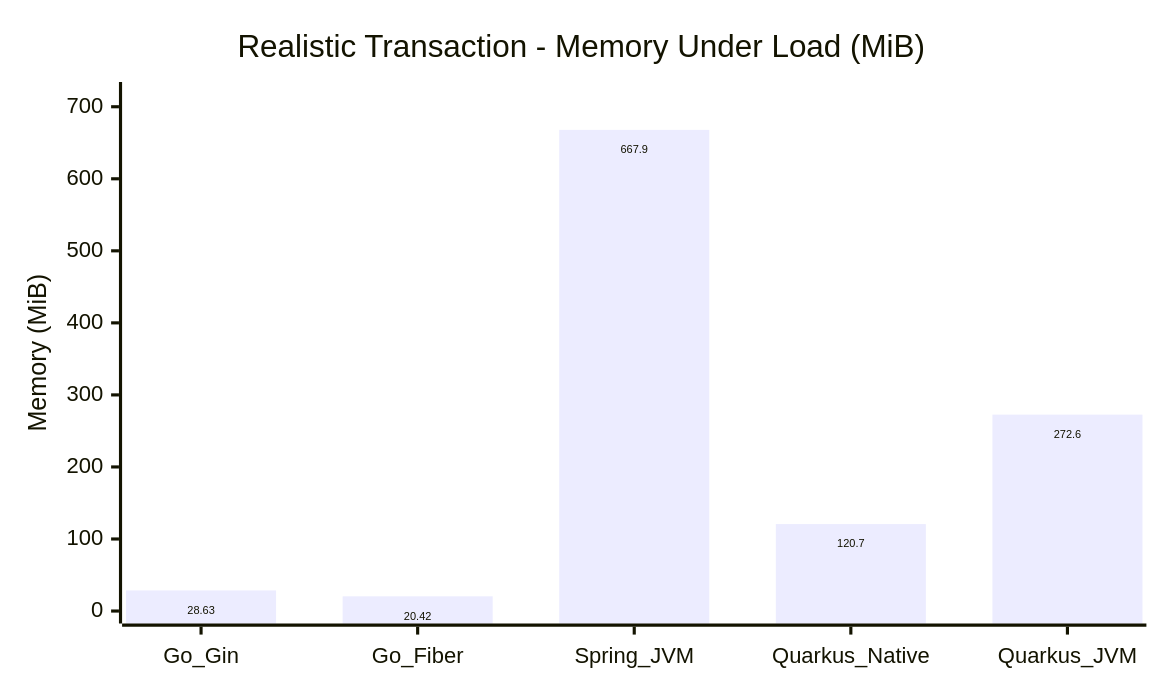
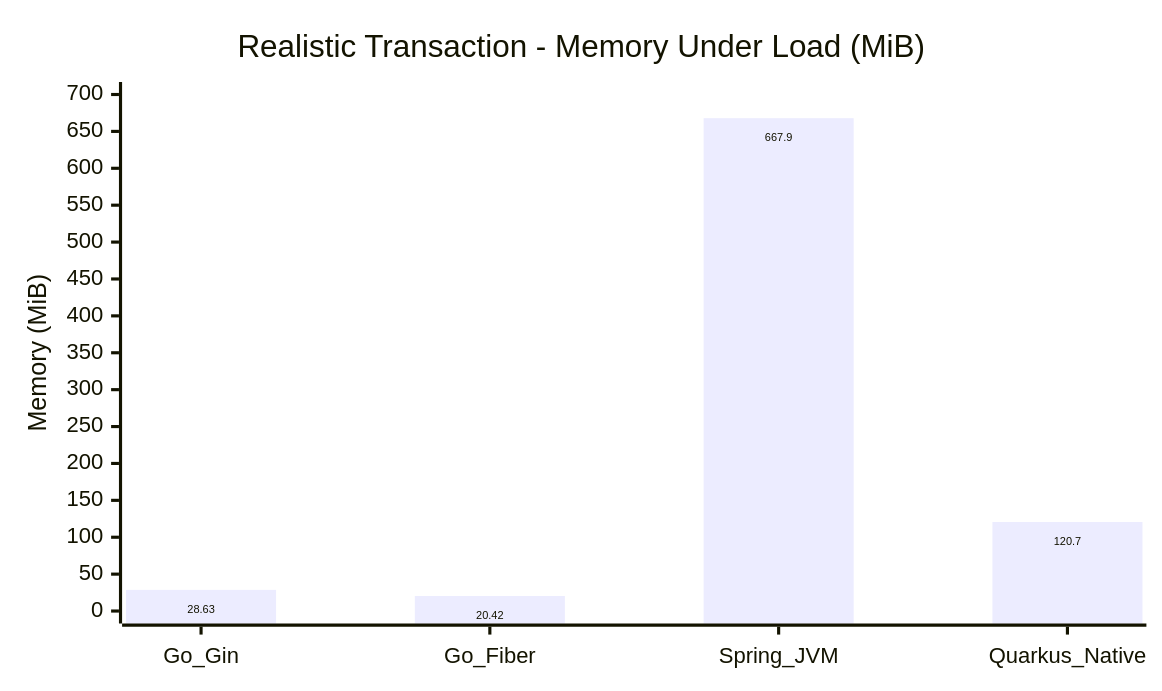
The third of 15 diagrams in COMPARISON_REPORT.md (hiiamtin/go-vs-java), drawn with Mermaid before and after one commit. The commit also changed other lines of this file and 90 other files, not shown here.

Commit message:
Remove Quarkus JVM variant and refresh benchmark results

````diff
--- a/COMPARISON_REPORT.md
+++ b/COMPARISON_REPORT.md
@@ -76,14 +80,14 @@
 ```mermaid
 ---
 config:
   xyChart:
     width: 720
     height: 420
     showDataLabel: true
 ---
 xychart
     title "Realistic Transaction - Memory Under Load (MiB)"
-    x-axis [Go_Gin, Go_Fiber, Spring_JVM, Quarkus_Native, Quarkus_JVM]
-    y-axis "Memory (MiB)" 0 --> 717
-    bar [28.63, 20.42, 667.9, 120.7, 272.6]
+    x-axis [Go_Gin, Go_Fiber, Spring_JVM, Quarkus_Native]
+    y-axis "Memory (MiB)" 0 --> 700
+    bar [28.63, 20.42, 667.9, 120.7]
 ```
````
